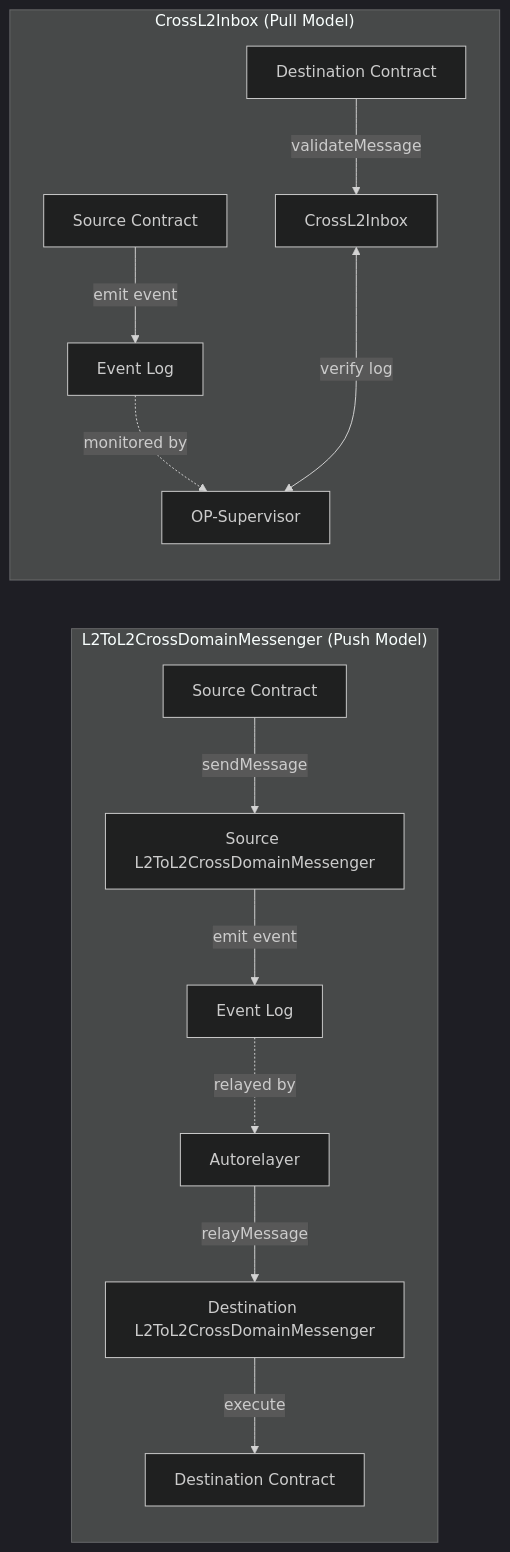
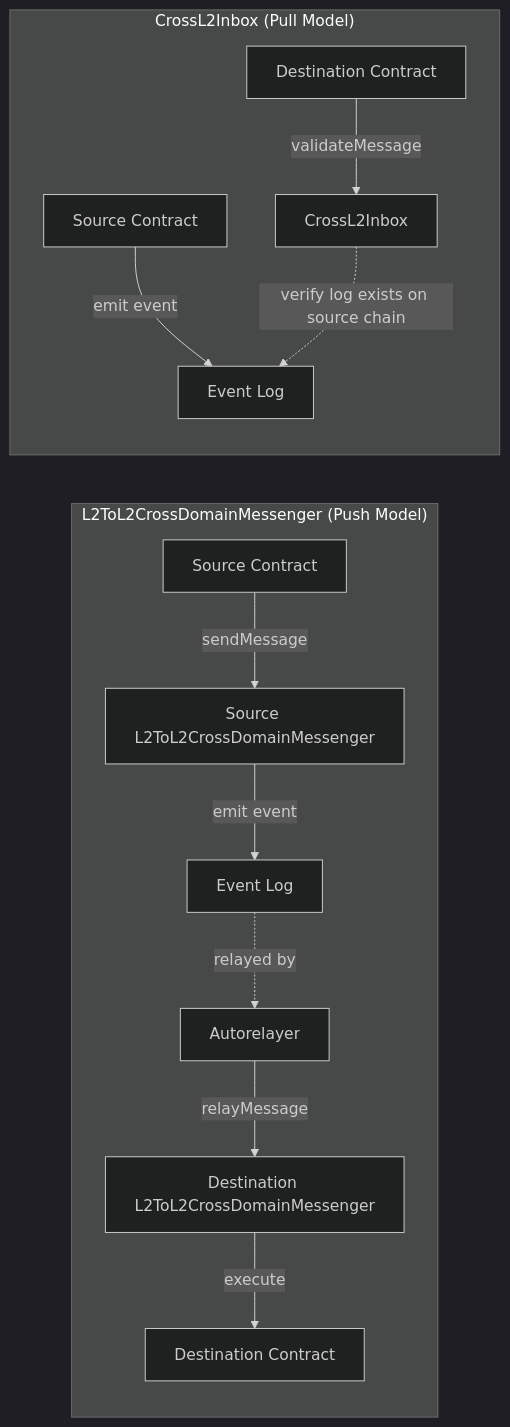
The fourth of 4 diagrams in docs/public-docs/app-developers/guides/interoperability/reading-logs.mdx (ethereum-optimism/optimism), drawn with Mermaid (dark theme) before and after one commit. The commit also changed other lines of this file and 3817 other files, not shown here.

````diff
--- a/docs/public-docs/app-developers/guides/interoperability/reading-logs.mdx
+++ b/docs/public-docs/app-developers/guides/interoperability/reading-logs.mdx
@@ -169,17 +166,16 @@
 ```mermaid
 flowchart LR
     subgraph "L2ToL2CrossDomainMessenger (Push Model)"
         A[Source Contract] -->|sendMessage| B[Source L2ToL2CrossDomainMessenger]
         B -->|emit event| C[Event Log]
         C -.->|relayed by| D[Autorelayer]
         D -->|relayMessage| E[Destination L2ToL2CrossDomainMessenger]
         E -->|execute| F[Destination Contract]
     end
     
     subgraph "CrossL2Inbox (Pull Model)"
         G[Source Contract] -->|emit event| H[Event Log]
-        H -.->|monitored by| I[OP-Supervisor]
         J[Destination Contract] -->|validateMessage| K[CrossL2Inbox]
-        K <--->|verify log| I
+        K -.->|verify log exists on source chain| H
     end
 ```
````
